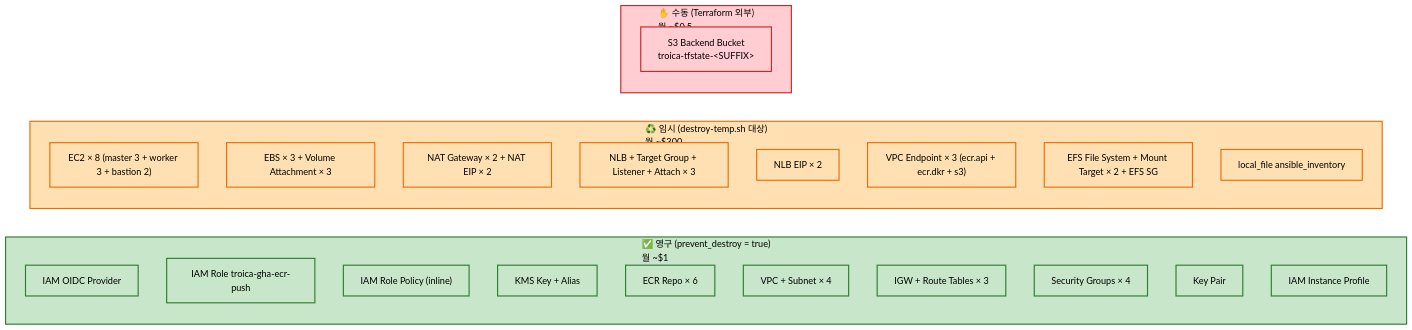
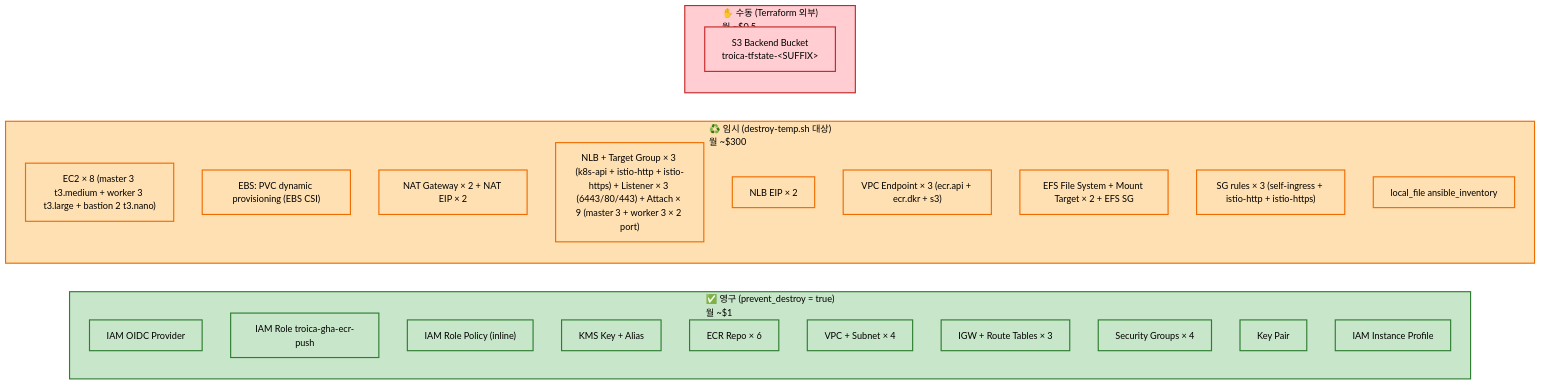
One commit to KTCloud-CloudNative-Troica-Team/msa-argocd-manifest changed the sixth of 7 diagrams in docs/images/AWS-architecture.md. Above: the diagram before and after it, drawn with Mermaid (base theme). The commit also changed other lines of this file, not shown here.

First line of the commit message:
docs(images): AWS-architecture.md PR #22 + R-59 변경 반영

````diff
--- a/docs/images/AWS-architecture.md
+++ b/docs/images/AWS-architecture.md
@@ -375,44 +390,45 @@
 ```mermaid
 flowchart LR
   subgraph Permanent["✅ 영구 (prevent_destroy = true)<br/>월 ~$1"]
     direction TB
     P1["IAM OIDC Provider"]
     P2["IAM Role troica-gha-ecr-push"]
     P3["IAM Role Policy (inline)"]
     P4["KMS Key + Alias"]
     P5["ECR Repo × 6"]
     P6["VPC + Subnet × 4"]
     P7["IGW + Route Tables × 3"]
     P8["Security Groups × 4"]
     P9["Key Pair"]
     P10["IAM Instance Profile"]
   end
 
   subgraph Temporary["♻️ 임시 (destroy-temp.sh 대상)<br/>월 ~$300"]
     direction TB
-    T1["EC2 × 8 (master 3 + worker 3 + bastion 2)"]
-    T2["EBS × 3 + Volume Attachment × 3"]
+    T1["EC2 × 8 (master 3 t3.medium + worker 3 t3.large + bastion 2 t3.nano)"]
+    T2["EBS: PVC dynamic provisioning (EBS CSI)"]
     T3["NAT Gateway × 2 + NAT EIP × 2"]
-    T4["NLB + Target Group + Listener + Attach × 3"]
+    T4["NLB + Target Group × 3 (k8s-api + istio-http + istio-https) + Listener × 3 (6443/80/443) + Attach × 9 (master 3 + worker 3 × 2 port)"]
     T5["NLB EIP × 2"]
     T6["VPC Endpoint × 3 (ecr.api + ecr.dkr + s3)"]
     T7["EFS File System + Mount Target × 2 + EFS SG"]
-    T8["local_file ansible_inventory"]
+    T8["SG rules × 3 (self-ingress + istio-http + istio-https)"]
+    T9["local_file ansible_inventory"]
   end
 
   subgraph Manual["✋ 수동 (Terraform 외부)<br/>월 ~$0.5"]
     direction TB
     M1["S3 Backend Bucket<br/>troica-tfstate-&lt;SUFFIX&gt;"]
   end
 
   classDef perm fill:#c8e6c9,stroke:#2e7d32,stroke-width:2px,color:#000
   classDef temp fill:#ffe0b2,stroke:#ef6c00,stroke-width:2px,color:#000
   classDef manual fill:#ffcdd2,stroke:#c62828,stroke-width:2px,color:#000
 
   class Permanent perm
   class Temporary temp
   class Manual manual
   class P1,P2,P3,P4,P5,P6,P7,P8,P9,P10 perm
-  class T1,T2,T3,T4,T5,T6,T7,T8 temp
+  class T1,T2,T3,T4,T5,T6,T7,T8,T9 temp
   class M1 manual
 ```
````
